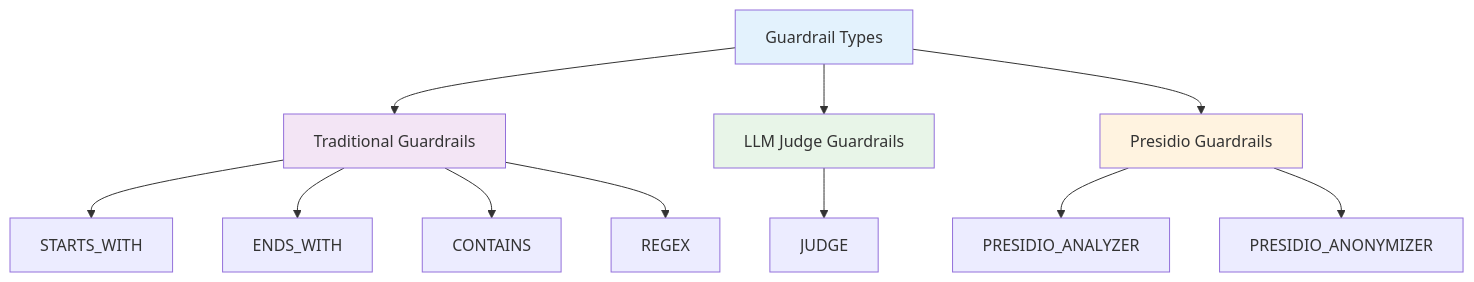
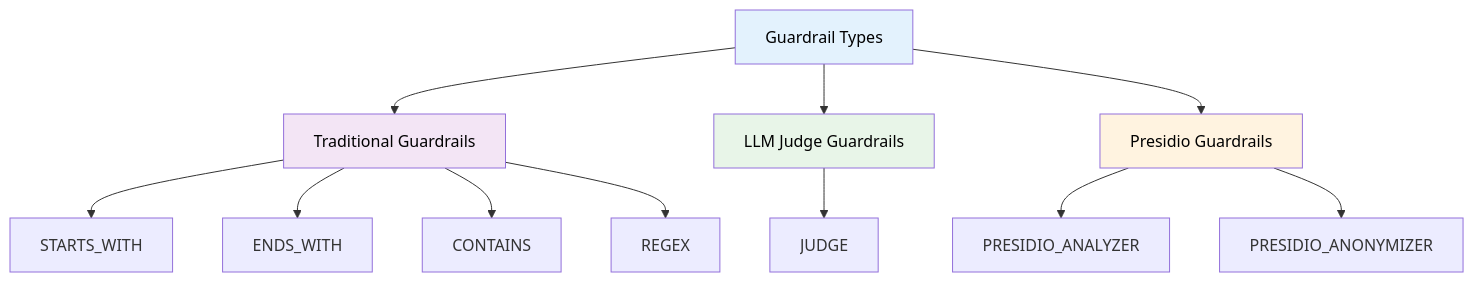
The second of 3 diagrams in docs/features/guardrails.md (radicalbit/radicalbit-ai-gateway-docs), drawn with Mermaid before and after one commit. The commit also changed other lines of this file and 5 other files, not shown here.

````diff
--- a/docs/features/guardrails.md
+++ b/docs/features/guardrails.md
@@ -44,21 +44,21 @@
 ```mermaid
 graph TD
     A[Guardrail Types] --> B[Traditional Guardrails]
     A --> C[LLM Judge Guardrails]
     A --> D[Presidio Guardrails]
     
     B --> B1[STARTS_WITH]
     B --> B2[ENDS_WITH]
     B --> B3[CONTAINS]
     B --> B4[REGEX]
     
     C --> C1[JUDGE]
     
     D --> D1[PRESIDIO_ANALYZER]
     D --> D2[PRESIDIO_ANONYMIZER]
     
-    style A fill:#e3f2fd
-    style B fill:#f3e5f5
-    style C fill:#e8f5e8
-    style D fill:#fff3e0
+    style A color:#000, fill:#e3f2fd
+    style B color:#000, fill:#f3e5f5
+    style C color:#000, fill:#e8f5e8
+    style D color:#000, fill:#fff3e0
 ```
````
